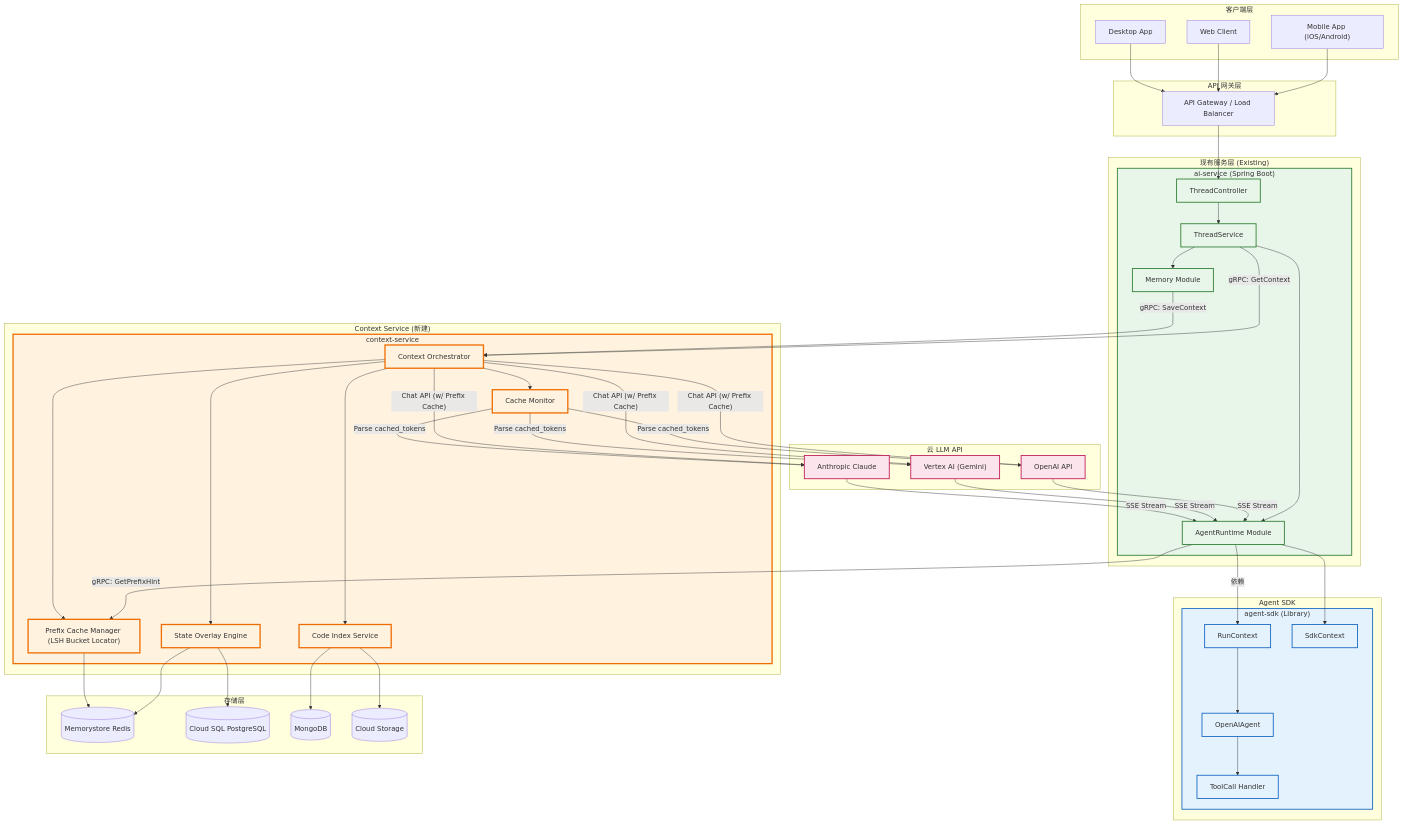
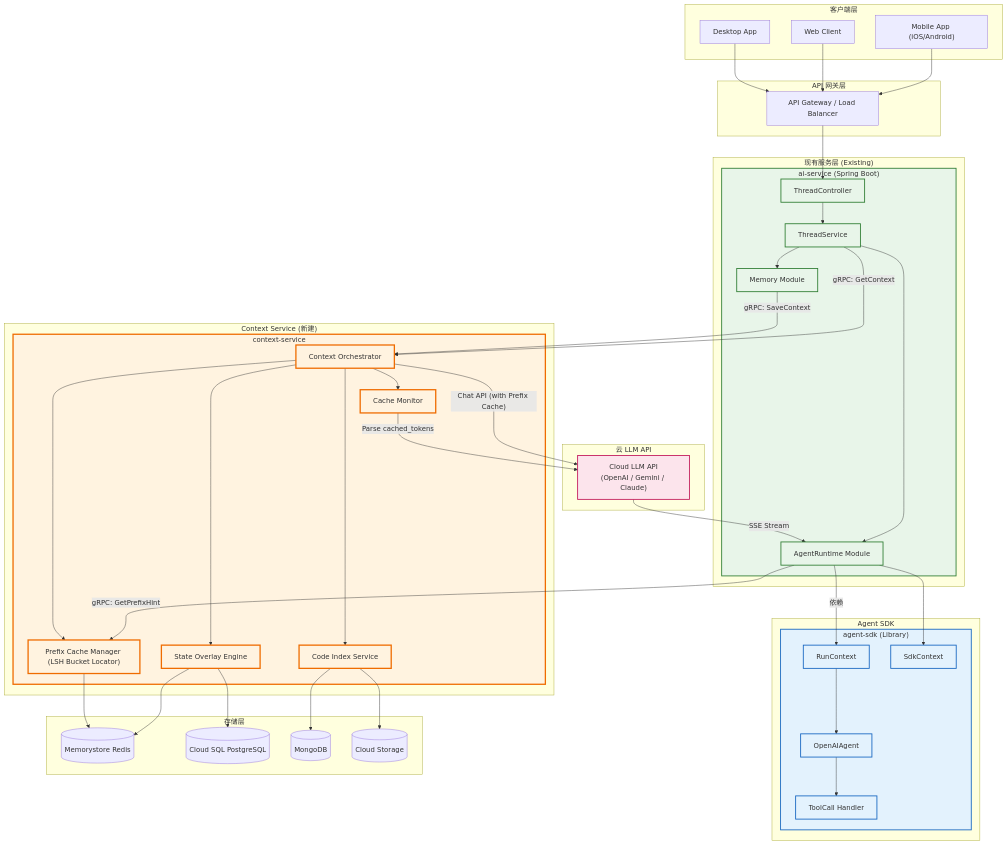
Before and after one commit to D15190304050/generic-agent: the third of 38 diagrams in discussions/ContextManagerV6.md, drawn with Mermaid. The commit also changed other lines of this file, not shown here.

````diff
--- a/discussions/ContextManagerV6.md
+++ b/discussions/ContextManagerV6.md
@@ -251,9 +249,7 @@
     end
 
     subgraph CloudLLM ["云 LLM API"]
-        OpenAI["OpenAI API"]
-        Gemini["Vertex AI (Gemini)"]
-        Claude["Anthropic Claude"]
+        CloudAPI["Cloud LLM API<br/>(OpenAI / Gemini / Claude)"]
     end
 
     subgraph Storage ["存储层"]
@@ -290,8 +286,8 @@
     CtxOrch --> StateMgr
 
     %% Context Service 到云 LLM
-    CtxOrch --> |"Chat API (w/ Prefix Cache)"| OpenAI & Gemini & Claude
-    CacheMonitor --> |"Parse cached_tokens"| OpenAI & Gemini & Claude
+    CtxOrch --> |"Chat API (with Prefix Cache)"| CloudAPI
+    CacheMonitor --> |"Parse cached_tokens"| CloudAPI
 
     %% Context Service 到存储
     StateMgr --> Redis & PG
@@ -299,10 +295,10 @@
     PrefixMgr --> Redis
 
     %% 云 LLM 响应回到 ai-service
-    OpenAI & Gemini & Claude --> |"SSE Stream"| AgentRT
+    CloudAPI --> |"SSE Stream"| AgentRT
 
     class AiService,TS,TC,Memory,AgentRT existing;
     class ContextSvc,CtxOrch,PrefixMgr,CacheMonitor,CodeIdx,StateMgr new;
     class AgentSDK,RunCtx,OpenAIAgent,ToolCall,SdkCtx sdk;
-    class OpenAI,Gemini,Claude cloudapi;
+    class CloudAPI cloudapi;
 ```
````
